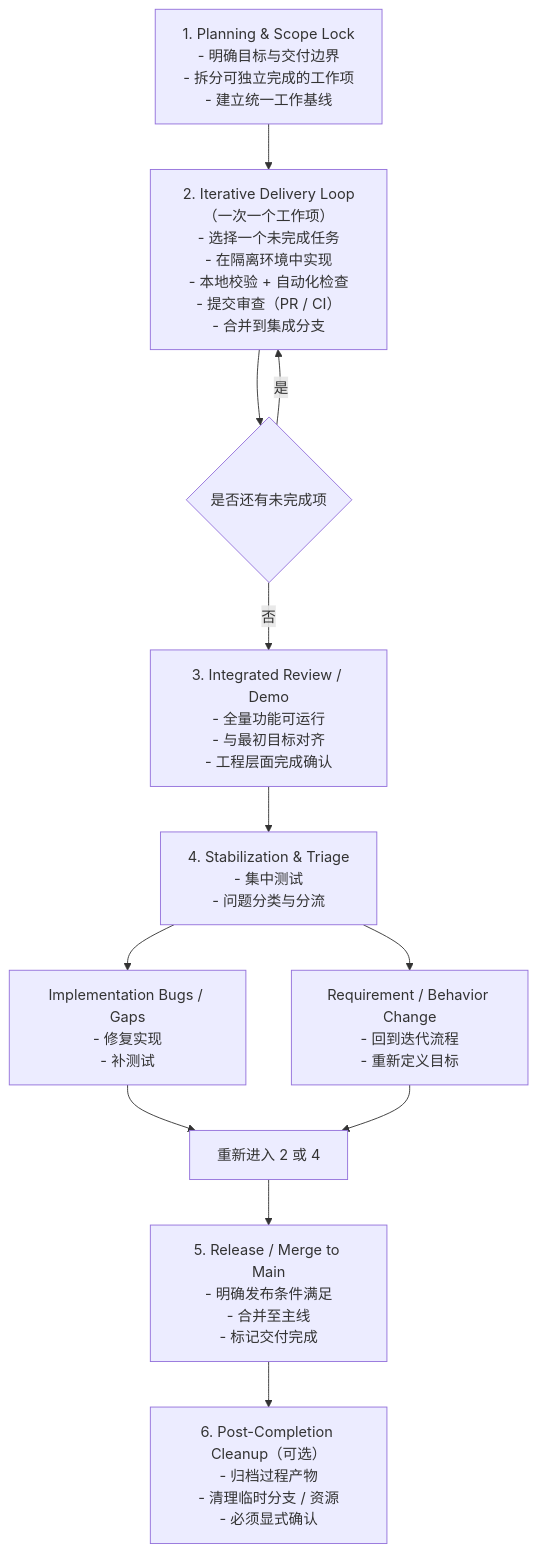
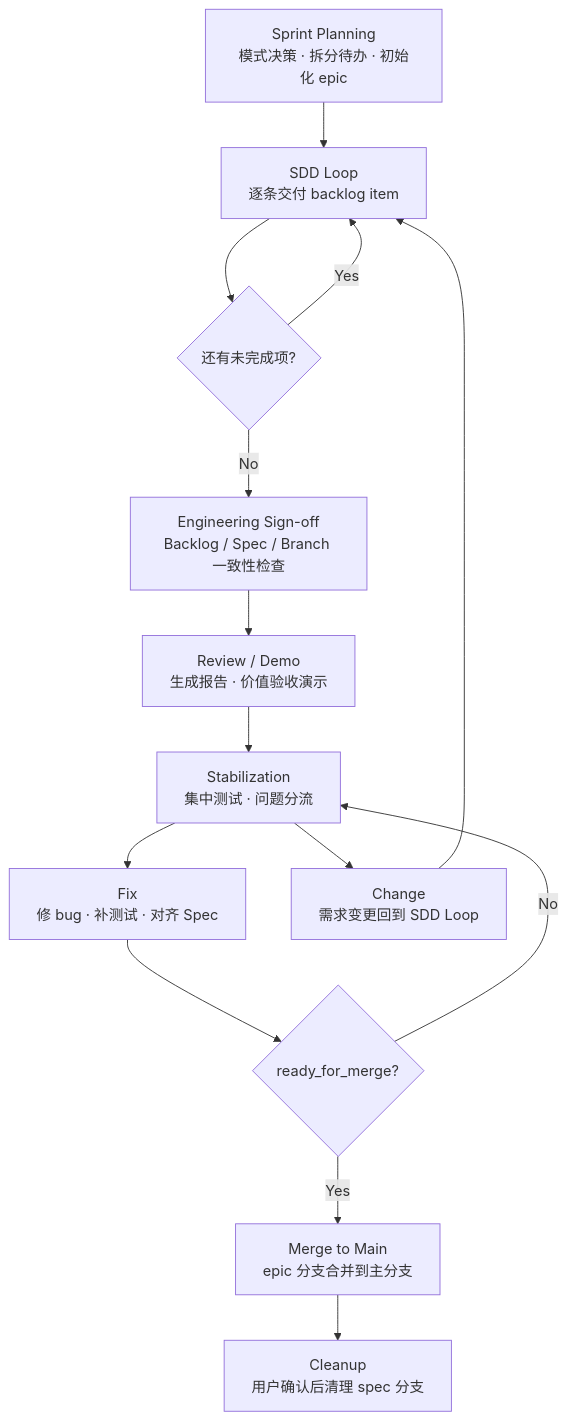
One commit to wildmaker/auto-build-loop changed the first of 2 diagrams in README.md. Above: the diagram before and after it, drawn with Mermaid. The commit also changed other lines of this file, not shown here.

First line of the commit message:
docs: 更新 README Flow canvas 与全文档可读性

````diff
--- a/README.md
+++ b/README.md
@@ -101,14 +37,16 @@
 ```mermaid
 flowchart TD
-    A["1. Planning & Scope Lock<br/>- 明确目标与交付边界<br/>- 拆分可独立完成的工作项<br/>- 建立统一工作基线"] --> B["2. Iterative Delivery Loop（一次一个工作项）<br/>- 选择一个未完成任务<br/>- 在隔离环境中实现<br/>- 本地校验 + 自动化检查<br/>- 提交审查（PR / CI）<br/>- 合并到集成分支"]
-    B --> C{"是否还有未完成项"}
-    C -- 是 --> B
-    C -- 否 --> D["3. Integrated Review / Demo<br/>- 全量功能可运行<br/>- 与最初目标对齐<br/>- 工程层面完成确认"]
-    D --> E["4. Stabilization & Triage<br/>- 集中测试<br/>- 问题分类与分流"]
-    E --> F["Implementation Bugs / Gaps<br/>- 修复实现<br/>- 补测试"]
-    E --> G["Requirement / Behavior Change<br/>- 回到迭代流程<br/>- 重新定义目标"]
-    F --> H["重新进入 2 或 4"]
-    G --> H
-    H --> I["5. Release / Merge to Main<br/>- 明确发布条件满足<br/>- 合并至主线<br/>- 标记交付完成"]
-    I --> J["6. Post-Completion Cleanup（可选）<br/>- 归档过程产物<br/>- 清理临时分支 / 资源<br/>- 必须显式确认"]
+    A["Sprint Planning<br/>模式决策 · 拆分待办 · 初始化 epic"] --> B["SDD Loop<br/>逐条交付 backlog item"]
+    B --> C{"还有未完成项?"}
+    C -- Yes --> B
+    C -- No --> S["Engineering Sign-off<br/>Backlog / Spec / Branch 一致性检查"]
+    S --> D["Review / Demo<br/>生成报告 · 价值验收演示"]
+    D --> E["Stabilization<br/>集中测试 · 问题分流"]
+    E --> F["Fix<br/>修 bug · 补测试 · 对齐 Spec"]
+    E --> G["Change<br/>需求变更回到 SDD Loop"]
+    G --> B
+    F --> H{"ready_for_merge?"}
+    H -- No --> E
+    H -- Yes --> I["Merge to Main<br/>epic 分支合并到主分支"]
+    I --> J["Cleanup<br/>用户确认后清理 spec 分支"]
 ```
````
